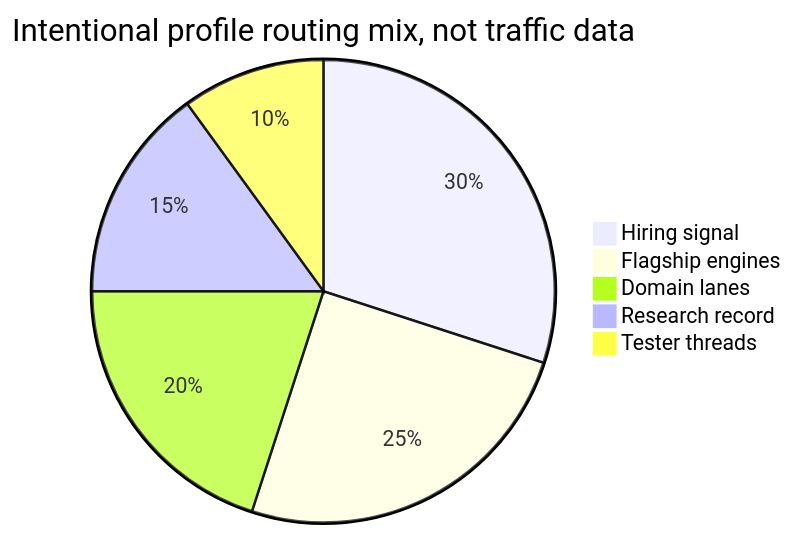
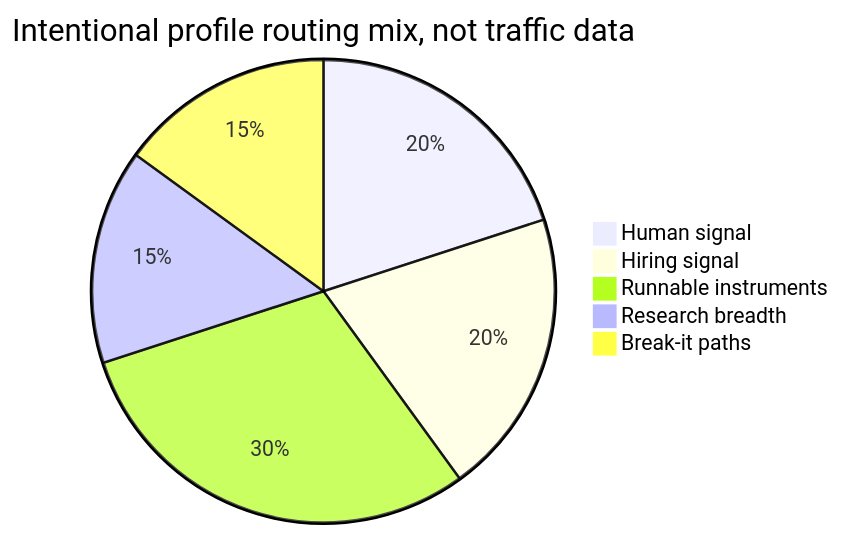
Before and after one commit to HarperZ9/HarperZ9: the second of 2 diagrams in README.md, drawn with Mermaid. The commit also changed other lines of this file and 5 other files, not shown here.

````diff
--- a/README.md
+++ b/README.md
@@ -230,8 +132,8 @@
 ```mermaid
 pie title Intentional profile routing mix, not traffic data
-    "Hiring signal" : 30
-    "Flagship engines" : 25
-    "Domain lanes" : 20
-    "Research record" : 15
-    "Tester threads" : 10
+    "Human signal" : 20
+    "Hiring signal" : 20
+    "Runnable instruments" : 30
+    "Research breadth" : 15
+    "Break-it paths" : 15
 ```
````
